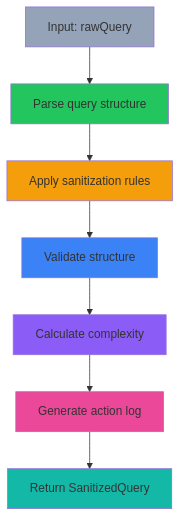
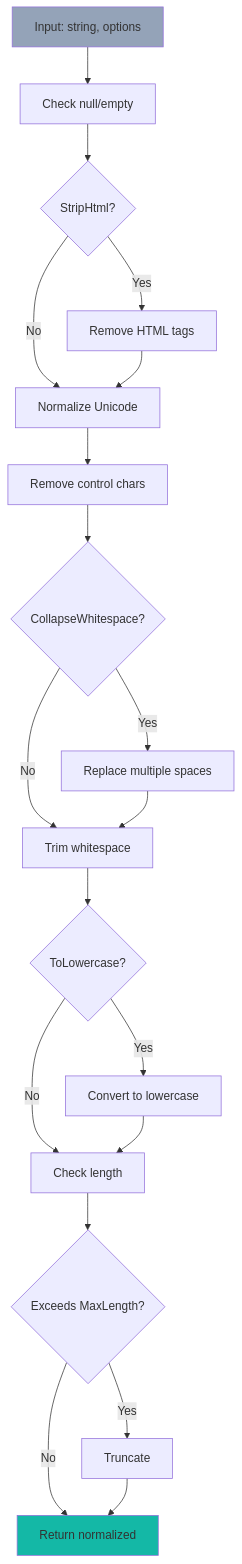
The second of 2 diagrams in docs/specs/v0.11.x/v0.11.4/LCS-DES-v0.11.4-SEC-e.md (southpawriter02/lexichord), drawn with Mermaid before and after one commit. The commit also changed other lines of this file and 74 other files, not shown here.

````diff
--- a/docs/specs/v0.11.x/v0.11.4/LCS-DES-v0.11.4-SEC-e.md
+++ b/docs/specs/v0.11.x/v0.11.4/LCS-DES-v0.11.4-SEC-e.md
@@ -413,17 +333,24 @@
 ```mermaid
 flowchart TD
-    A["Input: rawQuery"] --> B["Parse query structure"]
-    B --> C["Apply sanitization rules"]
-    C --> D["Validate structure"]
-    D --> E["Calculate complexity"]
-    E --> F["Generate action log"]
-    F --> G["Return SanitizedQuery"]
+    A["Input: string, options"] --> B["Check null/empty"]
+    B --> C{StripHtml?}
+    C -->|Yes| D["Remove HTML tags"]
+    C -->|No| E["Normalize Unicode"]
+    D --> E
+    E --> F["Remove control chars"]
+    F --> G{"CollapseWhitespace?"}
+    G -->|Yes| H["Replace multiple spaces"]
+    G -->|No| I["Trim whitespace"]
+    H --> I
+    I --> J{"ToLowercase?"}
+    J -->|Yes| K["Convert to lowercase"]
+    J -->|No| L["Check length"]
+    K --> L
+    L --> M{"Exceeds MaxLength?"}
+    M -->|Yes| N["Truncate"]
+    M -->|No| O["Return normalized"]
+    N --> O
 
     style A fill:#94a3b8
-    style B fill:#22c55e
-    style C fill:#f59e0b
-    style D fill:#3b82f6
-    style E fill:#8b5cf6
-    style F fill:#ec4899
-    style G fill:#14b8a6
+    style O fill:#14b8a6
 ```
````
